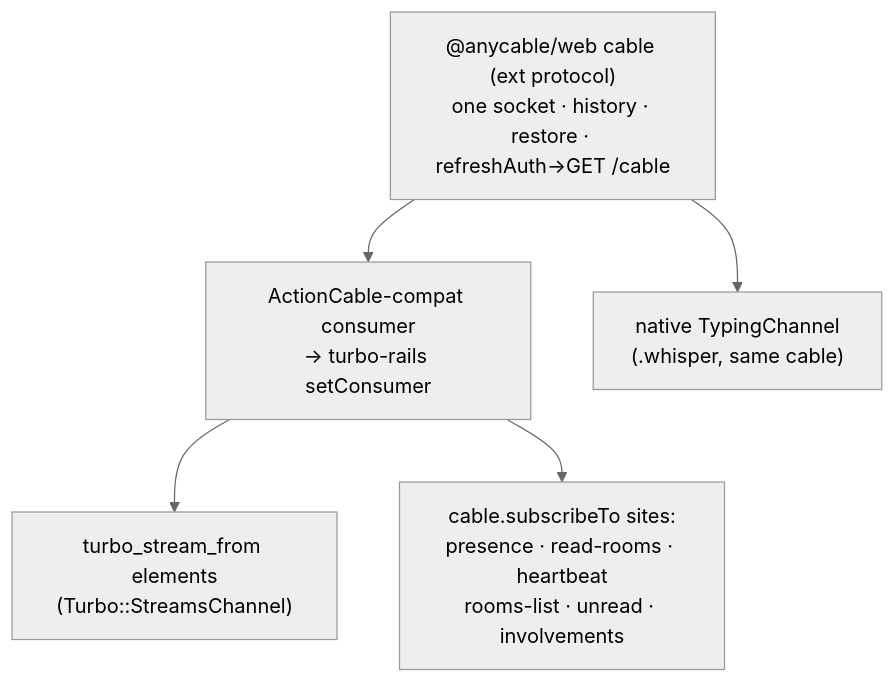
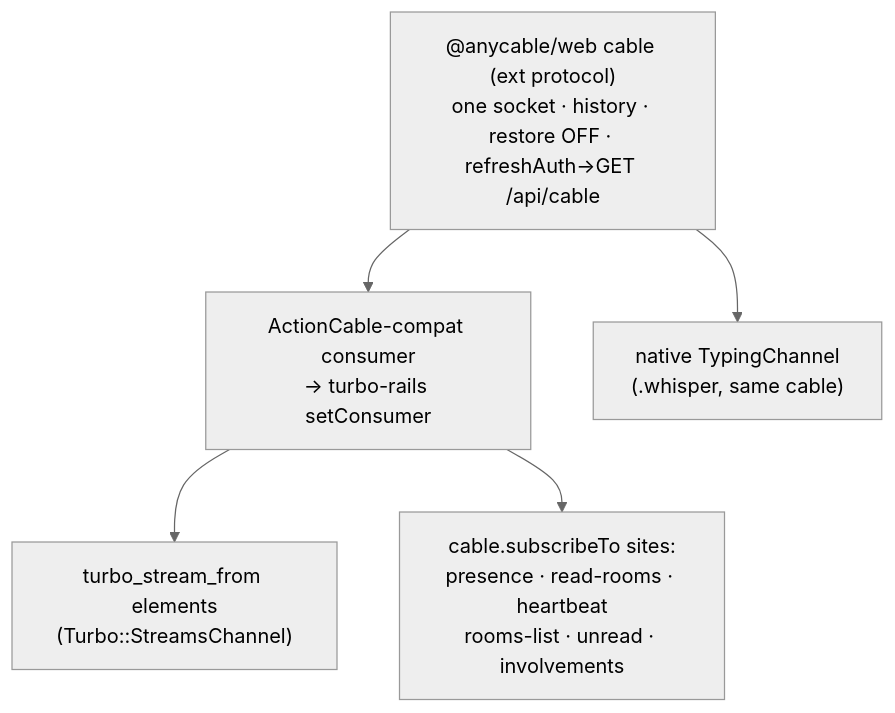
One commit to sabha-co/sabha changed the third of 3 diagrams in docs/plans/2026-07-15-001-perf-presence-gated-push-unified-client-plan.md. Above: the diagram before and after it, drawn with Mermaid (neutral theme). The commit also changed other lines of this file, not shown here.

Commit message:
Drop session restore from the plan and move pinning it off to U5

````diff
--- a/docs/plans/2026-07-15-001-perf-presence-gated-push-unified-client-plan.md
+++ b/docs/plans/2026-07-15-001-perf-presence-gated-push-unified-client-plan.md
@@ -85,11 +112,11 @@
 ```mermaid
 flowchart TB
-  Cable["@anycable/web cable (ext protocol)\none socket · history · restore · refreshAuth→GET /cable"]
+  Cable["@anycable/web cable (ext protocol)\none socket · history · restore OFF · refreshAuth→GET /api/cable"]
   Compat["ActionCable-compat consumer\n→ turbo-rails setConsumer"]
   Turbo["turbo_stream_from elements\n(Turbo::StreamsChannel)"]
   Subs["cable.subscribeTo sites:\npresence · read-rooms · heartbeat\nrooms-list · unread · involvements"]
   Whisper["native TypingChannel\n(.whisper, same cable)"]
   Cable --> Compat --> Turbo
   Compat --> Subs
   Cable --> Whisper
 ```
````
